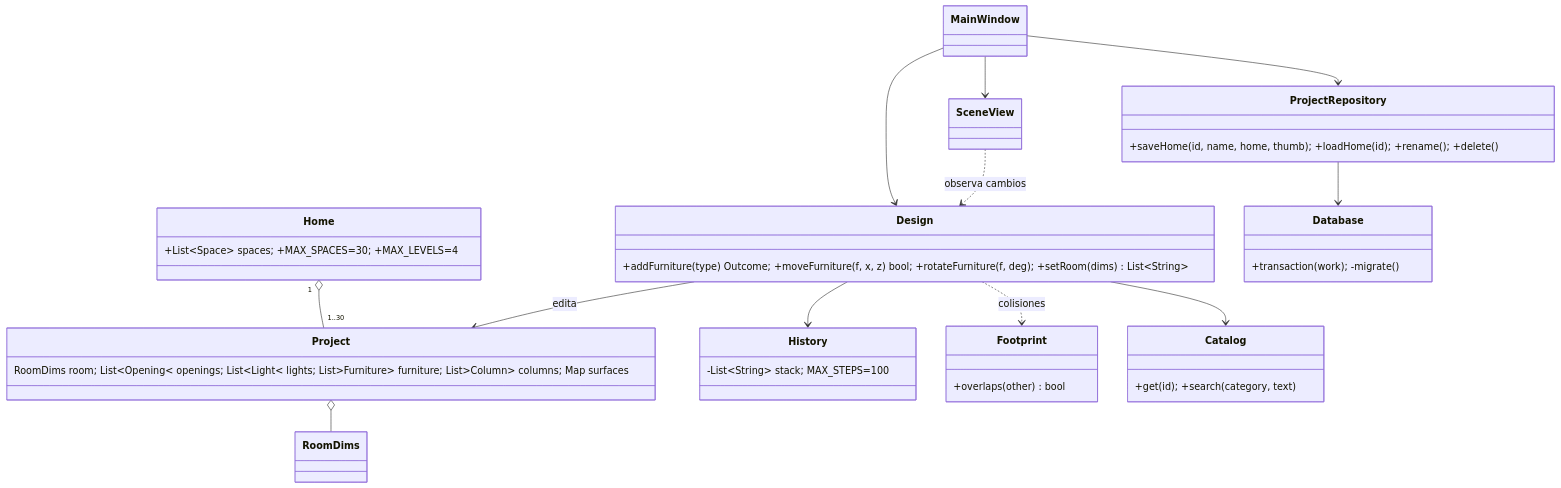
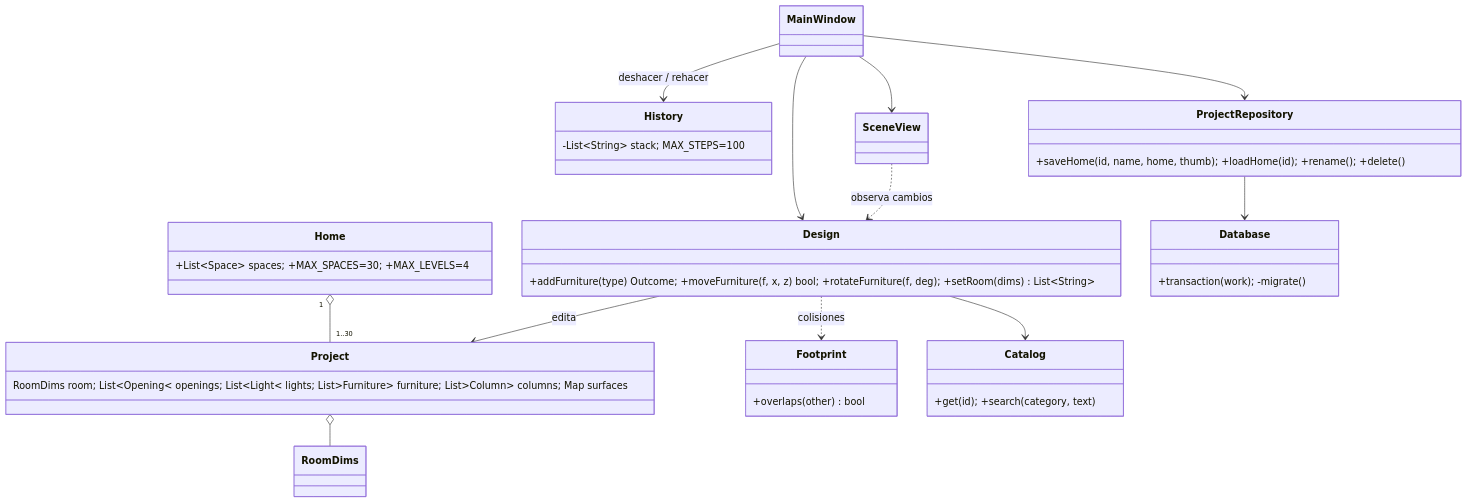
The third of 5 diagrams in documentacion/04_Documento_de_Arquitectura.md (alex123floresc-sketch/amoblador3d), drawn with Mermaid before and after one commit. The commit also changed other lines of this file and 37 other files, not shown here.

````diff
--- a/documentacion/04_Documento_de_Arquitectura.md
+++ b/documentacion/04_Documento_de_Arquitectura.md
@@ -77,24 +77,24 @@
 ```mermaid
 classDiagram
     class Home { +List~Space~ spaces; +MAX_SPACES=30; +MAX_LEVELS=4 }
     class Project { RoomDims room; List~Opening~ openings; List~Light~ lights; List~Furniture~ furniture; List~Column~ columns; Map surfaces }
     class Design { +addFurniture(type) Outcome; +moveFurniture(f, x, z) bool; +rotateFurniture(f, deg); +setRoom(dims) List~String~ }
     class History { -List~String~ stack; MAX_STEPS=100 }
     class Footprint { +overlaps(other) bool }
     class Catalog { +get(id); +search(category, text) }
     class ProjectRepository { +saveHome(id, name, home, thumb); +loadHome(id); +rename(); +delete() }
     class Database { +transaction(work); -migrate() }
     class SceneView
     class MainWindow
     Home "1" o-- "1..30" Project
     Project o-- RoomDims
     Design --> Project : edita
-    Design --> History
+    MainWindow --> History : deshacer / rehacer
     Design --> Catalog
     Design ..> Footprint : colisiones
     MainWindow --> Design
     MainWindow --> SceneView
     SceneView ..> Design : observa cambios
     ProjectRepository --> Database
     MainWindow --> ProjectRepository
 ```
````
